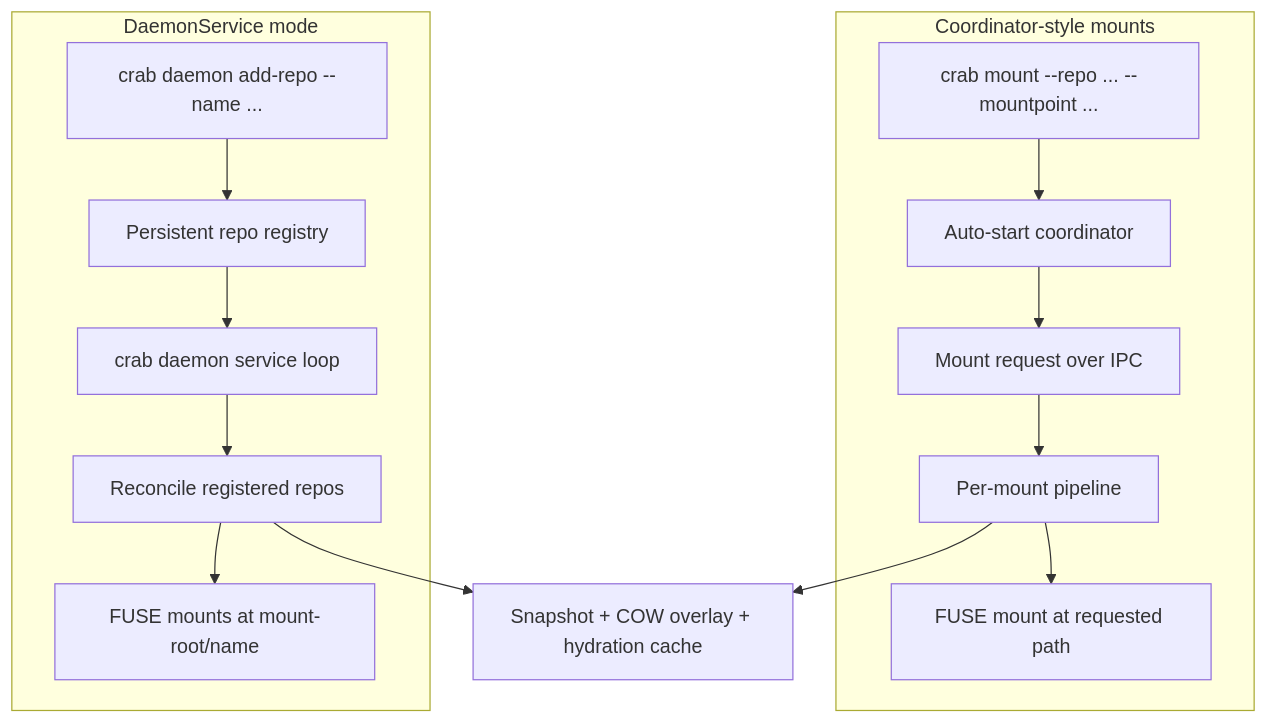
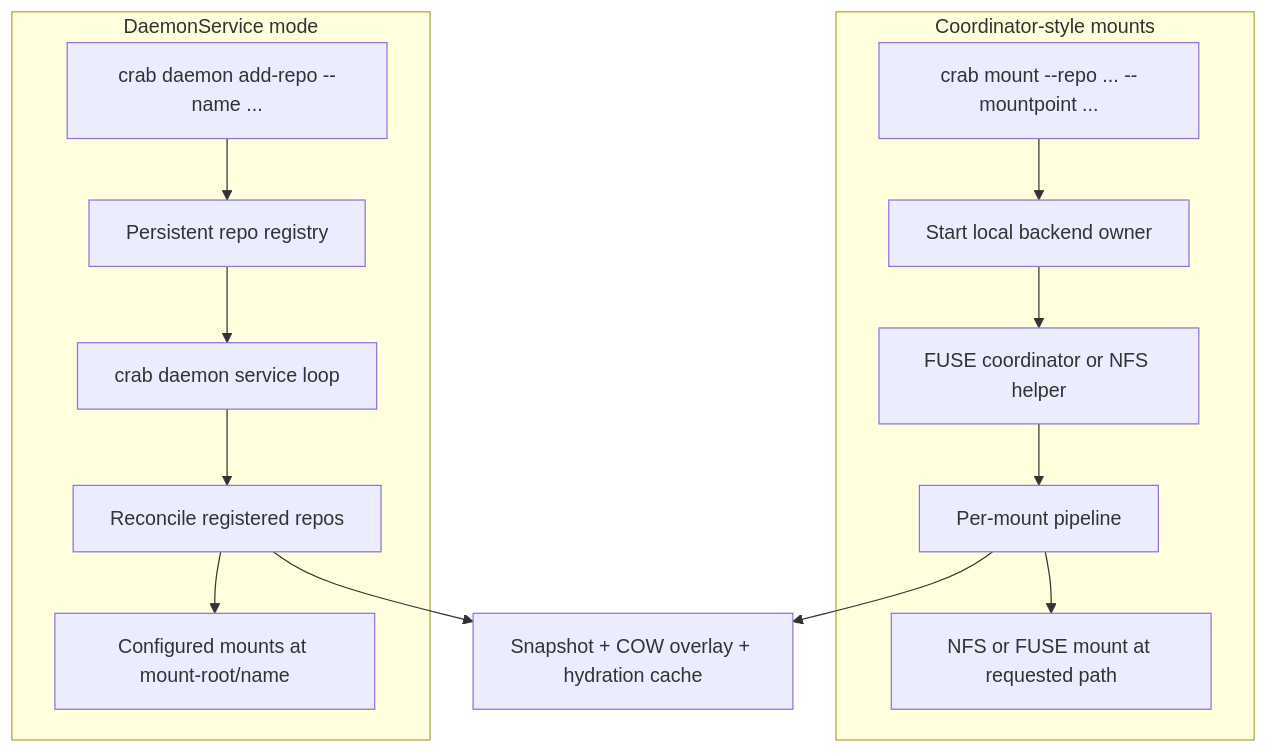
Before and after one commit to crabbuild/crab: the diagram in packages/web/content/docs/cli/virtual-filesystem/mount-modes.mdx, drawn with Mermaid. The commit also changed other lines of this file and 4 other files, not shown here.

Commit message:
docs: add complete Crab mount workflow

````diff
--- a/packages/web/content/docs/cli/virtual-filesystem/mount-modes.mdx
+++ b/packages/web/content/docs/cli/virtual-filesystem/mount-modes.mdx
@@ -41,19 +44,19 @@
 ```mermaid
 flowchart TB
     subgraph C["Coordinator-style mounts"]
-        C1["crab mount --repo ... --mountpoint ..."] --> C2["Auto-start coordinator"]
-        C2 --> C3["Mount request over IPC"]
+        C1["crab mount --repo ... --mountpoint ..."] --> C2["Start local backend owner"]
+        C2 --> C3["FUSE coordinator or NFS helper"]
         C3 --> C4["Per-mount pipeline"]
-        C4 --> C5["FUSE mount at requested path"]
+        C4 --> C5["NFS or FUSE mount at requested path"]
     end
 
     subgraph D["DaemonService mode"]
         D1["crab daemon add-repo --name ..."] --> D2["Persistent repo registry"]
         D2 --> D3["crab daemon service loop"]
         D3 --> D4["Reconcile registered repos"]
-        D4 --> D5["FUSE mounts at mount-root/name"]
+        D4 --> D5["Configured mounts at mount-root/name"]
     end
 
     C4 --> S["Snapshot + COW overlay + hydration cache"]
     D4 --> S
 ```
````
